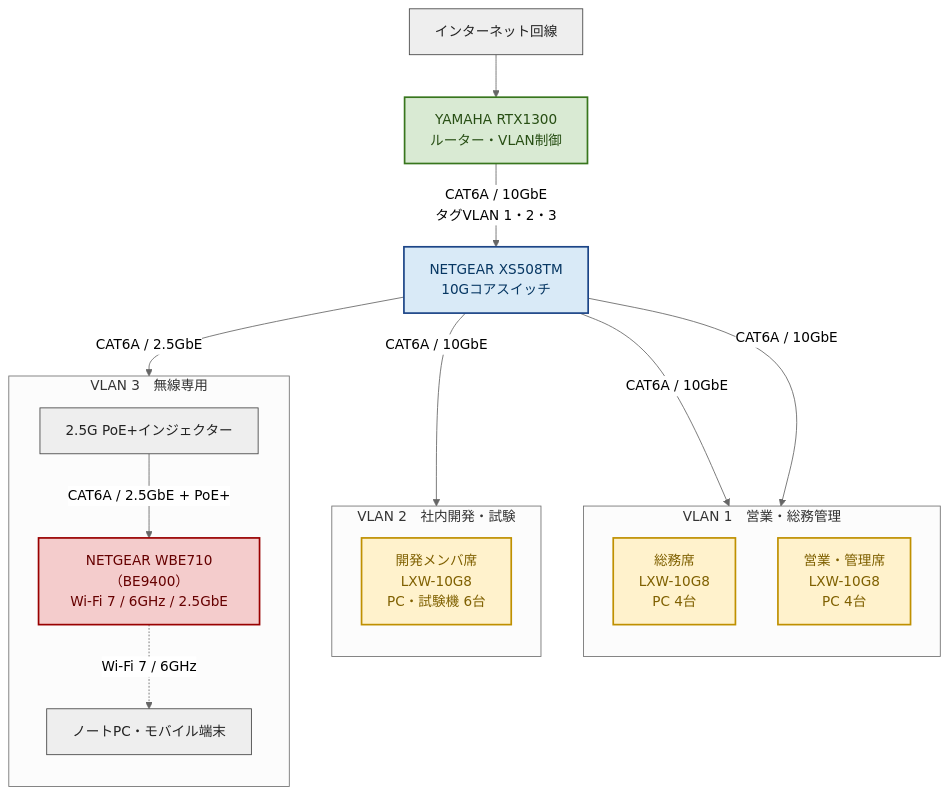
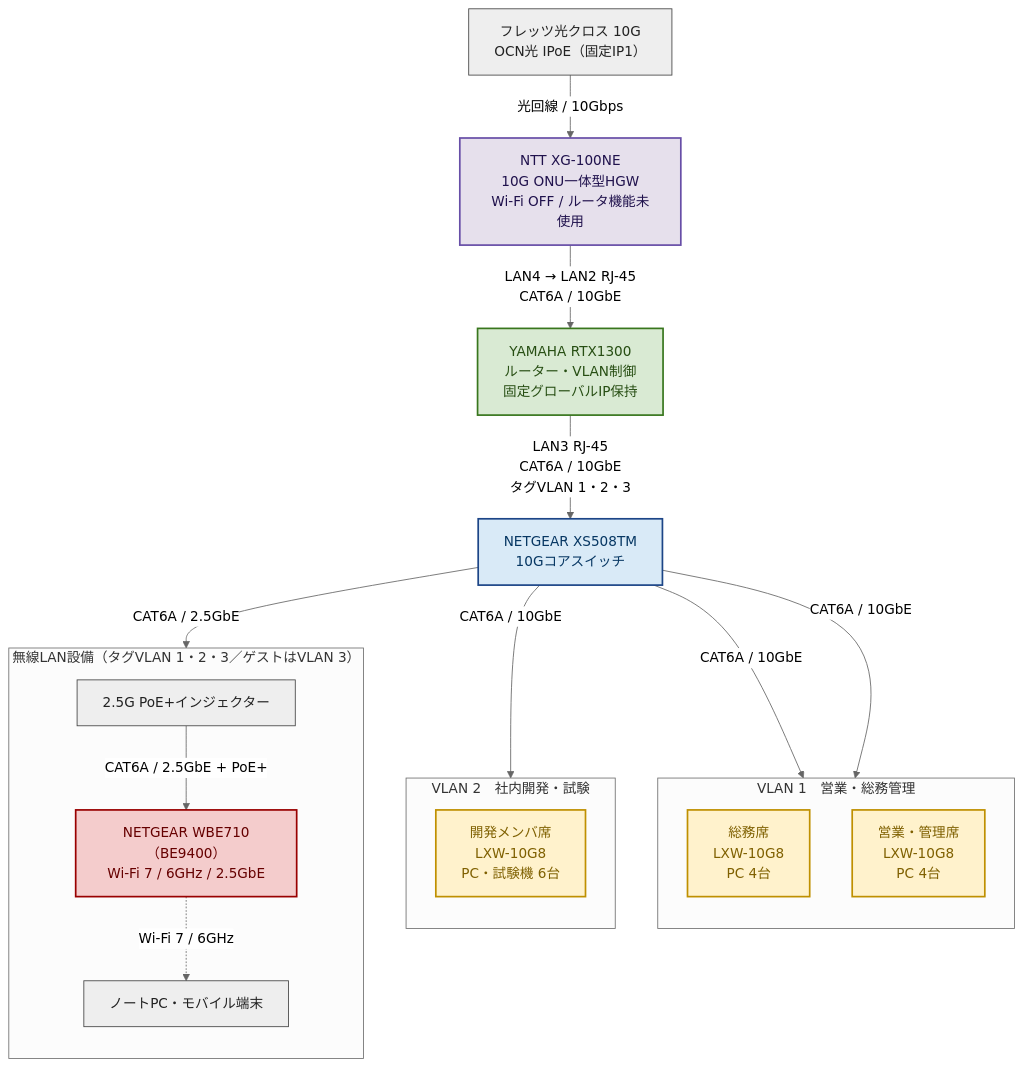
Before and after one commit to yohira-repo/Obsidian-Vault: the diagram in 02_Note/社内ネットワーク更改/ネットワーク構築提案書.md, drawn with Mermaid (neutral theme). The commit also changed other lines of this file and 23 other files, not shown here.

````diff
--- a/02_Note/社内ネットワーク更改/ネットワーク構築提案書.md
+++ b/02_Note/社内ネットワーク更改/ネットワーク構築提案書.md
@@ -11,40 +15,43 @@
 ```mermaid
 flowchart TB
     classDef router fill:#d9ead3,stroke:#38761d,stroke-width:2px,color:#274e13;
     classDef core fill:#d9eaf7,stroke:#1c4587,stroke-width:2px,color:#073763;
     classDef sw fill:#fff2cc,stroke:#bf9000,stroke-width:2px,color:#7f6000;
     classDef ap fill:#f4cccc,stroke:#990000,stroke-width:2px,color:#660000;
     classDef device fill:#eeeeee,stroke:#444444,stroke-width:1px,color:#222222;
+    classDef hgw fill:#e6e0ec,stroke:#674ea7,stroke-width:2px,color:#20124d;
 
-    WAN["インターネット回線"]:::device
-    RTX["YAMAHA RTX1300<br/>ルーター・VLAN制御"]:::router
+    WAN["フレッツ光クロス 10G<br/>OCN光 IPoE（固定IP1）"]:::device
+    HGW["NTT XG-100NE<br/>10G ONU一体型HGW<br/>Wi-Fi OFF / ルータ機能未使用"]:::hgw
+    RTX["YAMAHA RTX1300<br/>ルーター・VLAN制御<br/>固定グローバルIP保持"]:::router
     CORE["NETGEAR XS508TM<br/>10Gコアスイッチ"]:::core
 
-    WAN --> RTX
-    RTX -- "CAT6A / 10GbE<br/>タグVLAN 1・2・3" --> CORE
+    WAN -- "光回線 / 10Gbps" --> HGW
+    HGW -- "LAN4 → LAN2 RJ-45<br/>CAT6A / 10GbE" --> RTX
+    RTX -- "LAN3 RJ-45<br/>CAT6A / 10GbE<br/>タグVLAN 1・2・3" --> CORE
 
     subgraph V1["VLAN 1　営業・総務管理"]
         direction TB
         SW_GA["総務席<br/>LXW-10G8<br/>PC 4台"]:::sw
         SW_SALES["営業・管理席<br/>LXW-10G8<br/>PC 4台"]:::sw
     end
 
     subgraph V2["VLAN 2　社内開発・試験"]
         direction TB
         SW_DEV["開発メンバ席<br/>LXW-10G8<br/>PC・試験機 6台"]:::sw
     end
 
-    subgraph V3["VLAN 3　無線専用"]
+    subgraph V3["無線LAN設備（タグVLAN 1・2・3／ゲストはVLAN 3）"]
         direction TB
         POE["2.5G PoE+インジェクター"]:::device
         AP["NETGEAR WBE710（BE9400）<br/>Wi-Fi 7 / 6GHz / 2.5GbE"]:::ap
         WIFI["ノートPC・モバイル端末"]:::device
         POE -- "CAT6A / 2.5GbE + PoE+" --> AP
         AP -. "Wi-Fi 7 / 6GHz" .-> WIFI
     end
 
     CORE -- "CAT6A / 10GbE" --> SW_GA
     CORE -- "CAT6A / 10GbE" --> SW_SALES
     CORE -- "CAT6A / 10GbE" --> SW_DEV
     CORE -- "CAT6A / 2.5GbE" --> POE
 ```
````
